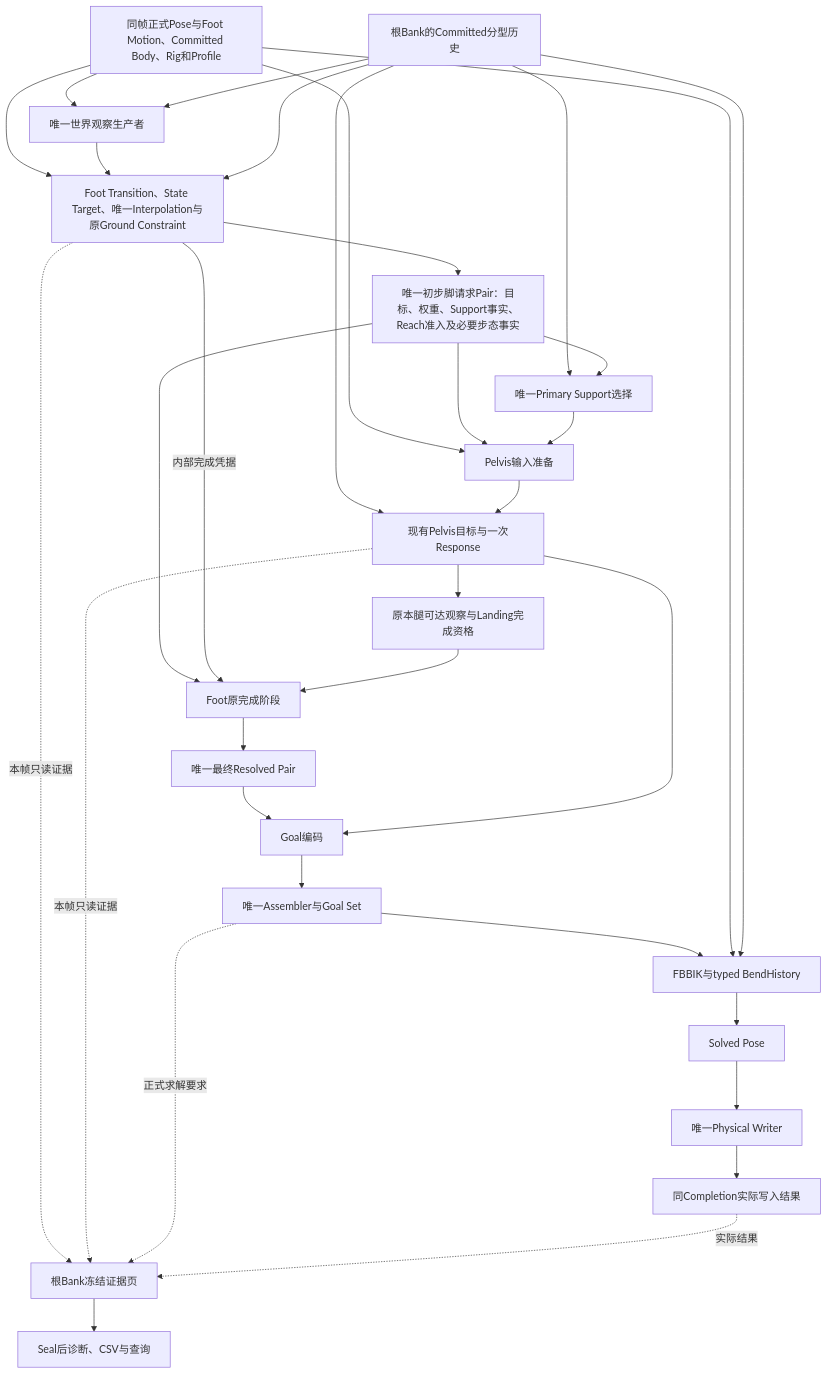
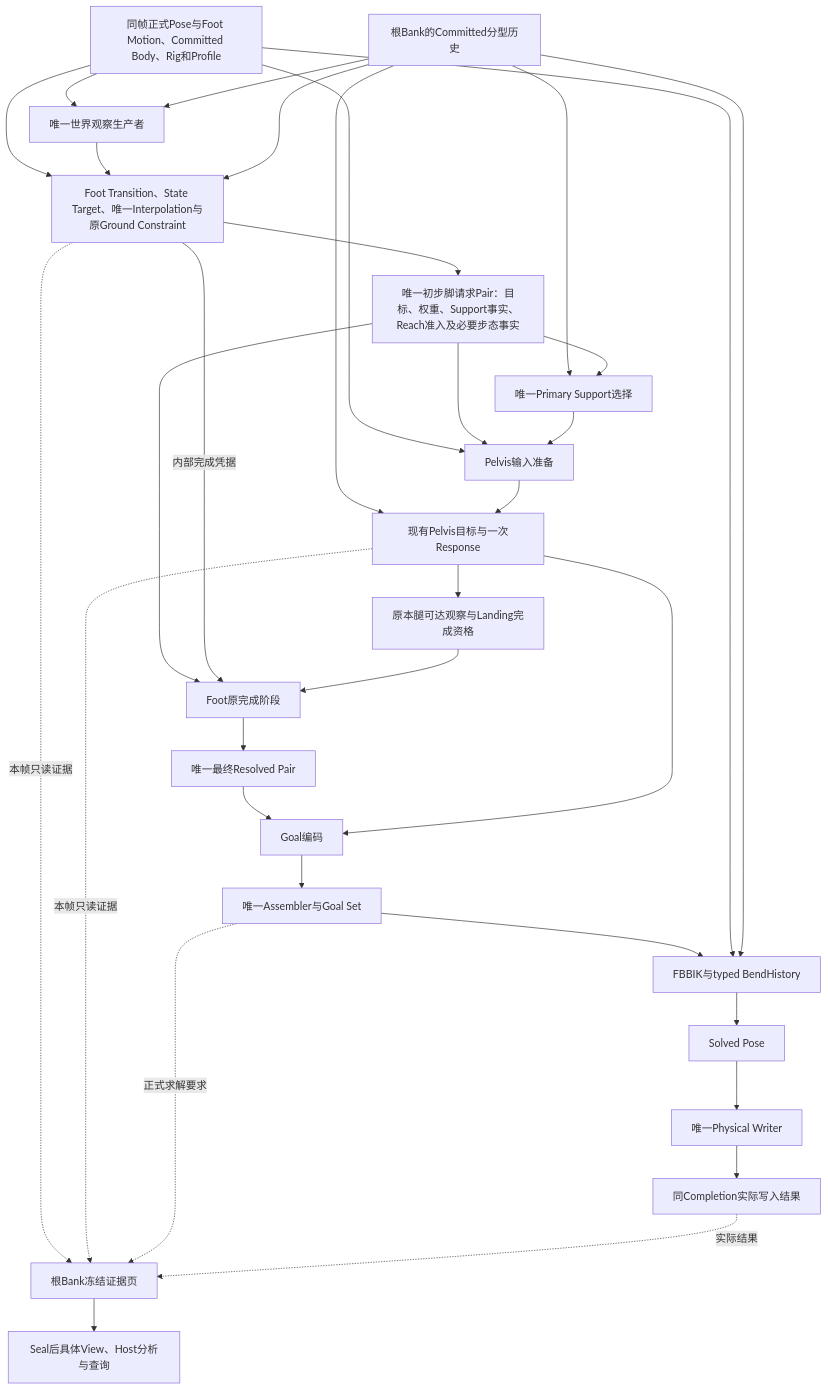
The diagram in openspec/changes/refactor-character-ik-maintenance-boundaries/design.md (nikaakaa/3c), drawn with Mermaid before and after one commit. The commit also changed other lines of this file and 29 other files, not shown here.

````diff
--- a/openspec/changes/refactor-character-ik-maintenance-boundaries/design.md
+++ b/openspec/changes/refactor-character-ik-maintenance-boundaries/design.md
@@ -54,35 +54,35 @@
 ```mermaid
 flowchart TD
     Input[同帧正式Pose与Foot Motion、Committed Body、Rig和Profile] --> Observation[唯一世界观察生产者]
     Input --> Foot[Foot Transition、State Target、唯一Interpolation与原Ground Constraint]
     Observation --> Foot
     History[根Bank的Committed分型历史] --> Foot
     History --> Observation
     History --> Primary
     History --> Pelvis
     Input --> Preparation
     Foot --> Request[唯一初步脚请求Pair：目标、权重、Support事实、Reach准入及必要步态事实]
     Request --> Primary[唯一Primary Support选择]
     Request --> Preparation[Pelvis输入准备]
     Primary --> Preparation
     Preparation --> Pelvis[现有Pelvis目标与一次Response]
     Pelvis --> Reach[原本腿可达观察与Landing完成资格]
     Request --> Finish[Foot原完成阶段]
     Foot -->|内部完成凭据| Finish
     Reach --> Finish
     Finish --> Resolved[唯一最终Resolved Pair]
     Resolved --> Encoder[Goal编码]
     Pelvis --> Encoder
     Encoder --> Goals[唯一Assembler与Goal Set]
     Goals --> Solver[FBBIK与typed BendHistory]
     Input --> Solver
     History --> Solver
     Solver --> Pose[Solved Pose]
     Pose --> Writer[唯一Physical Writer]
     Writer --> Physical[同Completion实际写入结果]
     Foot -.本帧只读证据.-> Evidence[根Bank冻结证据页]
     Pelvis -.本帧只读证据.-> Evidence
     Goals -.正式求解要求.-> Evidence
     Physical -.实际结果.-> Evidence
-    Evidence --> Diagnostics[Seal后诊断、CSV与查询]
+    Evidence --> Diagnostics[Seal后具体View、Host分析与查询]
 ```
````
